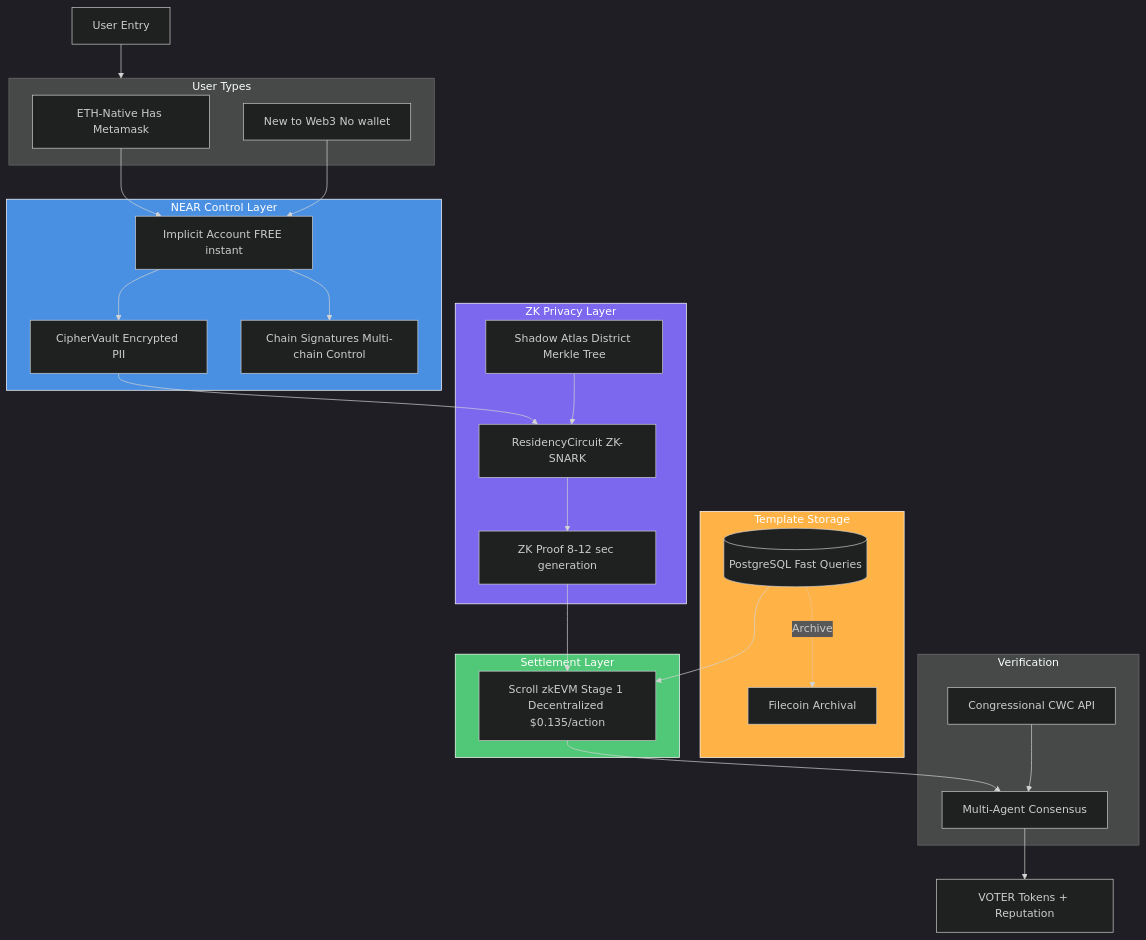
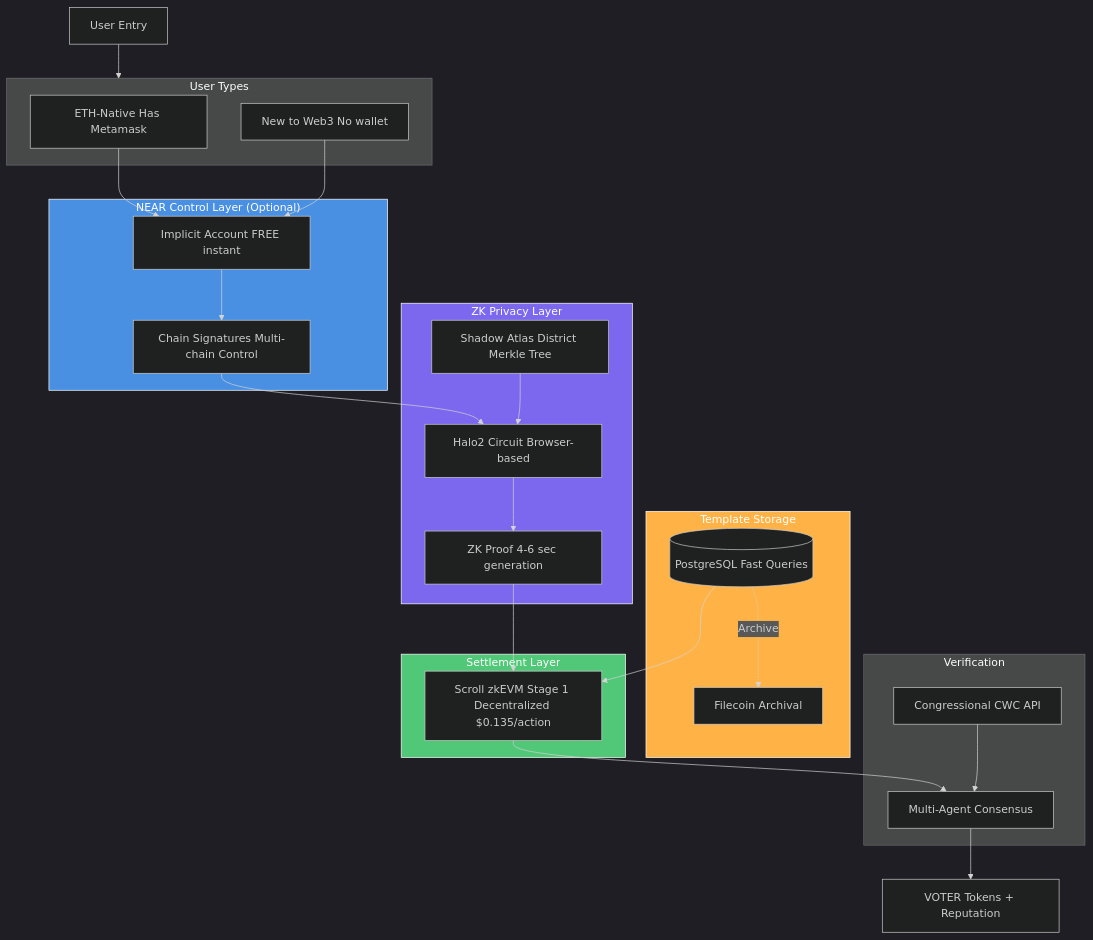
Before and after one commit to communisaas/voter-protocol: the first of 9 diagrams in ARCHITECTURE.md, drawn with Mermaid. The commit also changed other lines of this file and 7 other files, not shown here.

First line of the commit message:
docs: replace hybrid GKR+SNARK with Halo2 across all specs

````diff
--- a/ARCHITECTURE.md
+++ b/ARCHITECTURE.md
@@ -71,61 +72,59 @@
 ```mermaid
 %%{init: {'theme':'dark', 'themeVariables': { 'primaryTextColor':'#fff', 'secondaryTextColor':'#fff', 'tertiaryTextColor':'#fff'}}}%%
 flowchart TB
     User[User Entry]
 
     subgraph Entry["User Types"]
         ETH[ETH-Native Has Metamask]
         New[New to Web3 No wallet]
     end
 
-    subgraph NEAR["NEAR Control Layer"]
+    subgraph NEAR["NEAR Control Layer (Optional)"]
         Account[Implicit Account FREE instant]
-        Vault[CipherVault Encrypted PII]
         ChainSig[Chain Signatures Multi-chain Control]
     end
 
     subgraph Privacy["ZK Privacy Layer"]
         Atlas[Shadow Atlas District Merkle Tree]
-        Circuit[ResidencyCircuit ZK-SNARK]
-        Proof[ZK Proof 8-12 sec generation]
+        Circuit[Halo2 Circuit Browser-based]
+        Proof[ZK Proof 4-6 sec generation]
     end
 
     subgraph Storage["Template Storage"]
         PG[(PostgreSQL Fast Queries)]
         FC[Filecoin Archival]
     end
 
     subgraph Settlement["Settlement Layer"]
         Scroll[Scroll zkEVM Stage 1 Decentralized $0.135/action]
     end
 
     subgraph Verify["Verification"]
         CWC[Congressional CWC API]
         Agents[Multi-Agent Consensus]
     end
 
     User --> Entry
     ETH --> Account
     New --> Account
 
-    Account --> Vault
     Account --> ChainSig
-    Vault --> Circuit
+    ChainSig --> Circuit
     Atlas --> Circuit
     Circuit --> Proof
 
     Proof --> Scroll
 
     PG --> Scroll
     PG -.Archive.-> FC
 
     Scroll --> Agents
     CWC --> Agents
 
     Agents --> Rewards[VOTER Tokens + Reputation]
 
     style NEAR fill:#4A90E2,stroke:#fff,color:#fff
     style Privacy fill:#7B68EE,stroke:#fff,color:#fff
     style Settlement fill:#50C878,stroke:#fff,color:#fff
     style Storage fill:#FFB347,stroke:#fff,color:#fff
 ```
````
